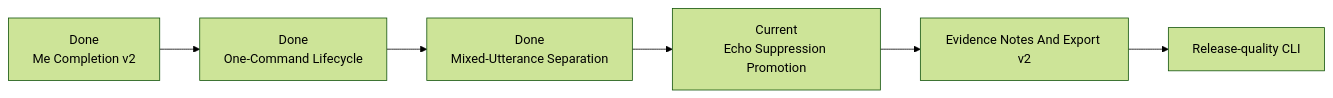
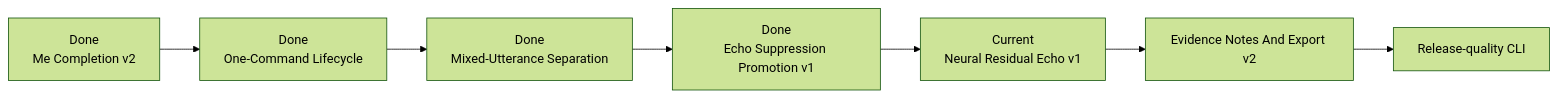
One commit to asukhodko/murmurmark changed the second of 4 diagrams in docs/roadmap/murmurmark-cli-roadmap.md. Above: the diagram before and after it, drawn with Mermaid (forest theme). The commit also changed other lines of this file and 25 other files, not shown here.

Commit message:
feat: add timeline-correct echo promotion gate

````diff
--- a/docs/roadmap/murmurmark-cli-roadmap.md
+++ b/docs/roadmap/murmurmark-cli-roadmap.md
@@ -82,11 +87,12 @@
 ```mermaid
 flowchart LR
     P["Done<br/>Me Completion v2"]
     L["Done<br/>One-Command Lifecycle"]
     A["Done<br/>Mixed-Utterance Separation"]
-    B["Current<br/>Echo Suppression Promotion"]
+    B["Done<br/>Echo Suppression Promotion v1"]
+    N["Current<br/>Neural Residual Echo v1"]
     C["Evidence Notes And Export v2"]
     D["Release-quality CLI"]
 
-    P --> L --> A --> B --> C --> D
+    P --> L --> A --> B --> N --> C --> D
 ```
````
